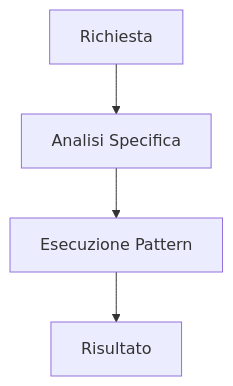
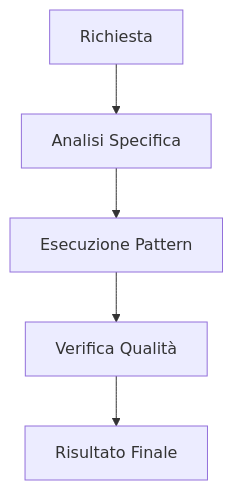
One commit to federicoferrulli/agents-antigravity changed the diagram in scripts/templates/skill.md. Above: the diagram before and after it, drawn with Mermaid. The commit also changed other lines of this file and 23 other files, not shown here.

````diff
--- a/scripts/templates/skill.md
+++ b/scripts/templates/skill.md
@@ -16,6 +16,7 @@
 ```mermaid
 graph TD
     A[Richiesta] --> B[Analisi Specifica]
     B --> C[Esecuzione Pattern]
-    C --> D[Risultato]
+    C --> D[Verifica Qualità]
+    D --> E[Risultato Finale]
 ```
````
